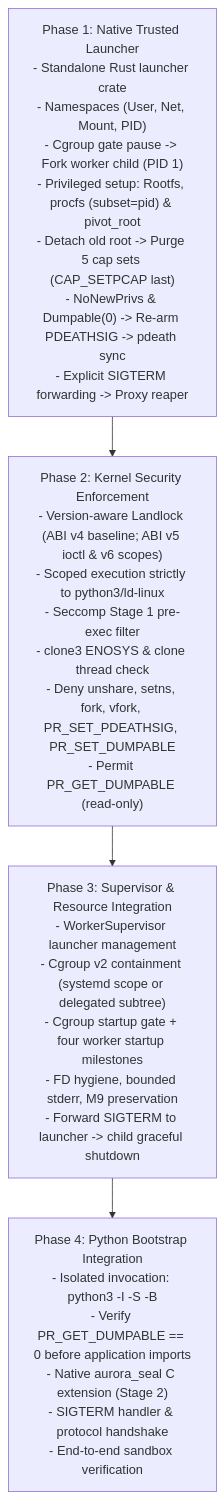
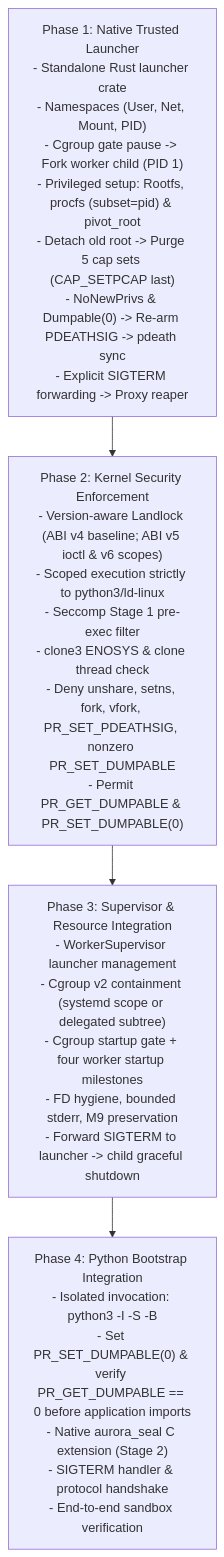
One commit to auroraossoftware/auroraos changed the diagram in docs/plans/m10/m10c-plan.md. Above: the diagram before and after it, drawn with Mermaid. The commit also changed other lines of this file, not shown here.

Commit message:
docs(m10c): finalize approved sandbox implementation plan

````diff
--- a/docs/plans/m10/m10c-plan.md
+++ b/docs/plans/m10/m10c-plan.md
@@ -40,12 +40,12 @@
 ```mermaid
 flowchart TD
     P1["Phase 1: Native Trusted Launcher<br>- Standalone Rust launcher crate<br>- Namespaces (User, Net, Mount, PID)<br>- Cgroup gate pause -> Fork worker child (PID 1)<br>- Privileged setup: Rootfs, procfs (subset=pid) & pivot_root<br>- Detach old root -> Purge 5 cap sets (CAP_SETPCAP last)<br>- NoNewPrivs & Dumpable(0) -> Re-arm PDEATHSIG -> pdeath sync<br>- Explicit SIGTERM forwarding -> Proxy reaper"]
     
-    P2["Phase 2: Kernel Security Enforcement<br>- Version-aware Landlock (ABI v4 baseline; ABI v5 ioctl & v6 scopes)<br>- Scoped execution strictly to python3/ld-linux<br>- Seccomp Stage 1 pre-exec filter<br>- clone3 ENOSYS & clone thread check<br>- Deny unshare, setns, fork, vfork, PR_SET_PDEATHSIG, PR_SET_DUMPABLE<br>- Permit PR_GET_DUMPABLE (read-only)"]
+    P2["Phase 2: Kernel Security Enforcement<br>- Version-aware Landlock (ABI v4 baseline; ABI v5 ioctl & v6 scopes)<br>- Scoped execution strictly to python3/ld-linux<br>- Seccomp Stage 1 pre-exec filter<br>- clone3 ENOSYS & clone thread check<br>- Deny unshare, setns, fork, vfork, PR_SET_PDEATHSIG, nonzero PR_SET_DUMPABLE<br>- Permit PR_GET_DUMPABLE & PR_SET_DUMPABLE(0)"]
     
     P3["Phase 3: Supervisor & Resource Integration<br>- WorkerSupervisor launcher management<br>- Cgroup v2 containment (systemd scope or delegated subtree)<br>- Cgroup startup gate + four worker startup milestones<br>- FD hygiene, bounded stderr, M9 preservation<br>- Forward SIGTERM to launcher -> child graceful shutdown"]
     
-    P4["Phase 4: Python Bootstrap Integration<br>- Isolated invocation: python3 -I -S -B<br>- Verify PR_GET_DUMPABLE == 0 before application imports<br>- Native aurora_seal C extension (Stage 2)<br>- SIGTERM handler & protocol handshake<br>- End-to-end sandbox verification"]
+    P4["Phase 4: Python Bootstrap Integration<br>- Isolated invocation: python3 -I -S -B<br>- Set PR_SET_DUMPABLE(0) & verify PR_GET_DUMPABLE == 0 before application imports<br>- Native aurora_seal C extension (Stage 2)<br>- SIGTERM handler & protocol handshake<br>- End-to-end sandbox verification"]
 
     P1 --> P2 --> P3 --> P4
 ```
````
